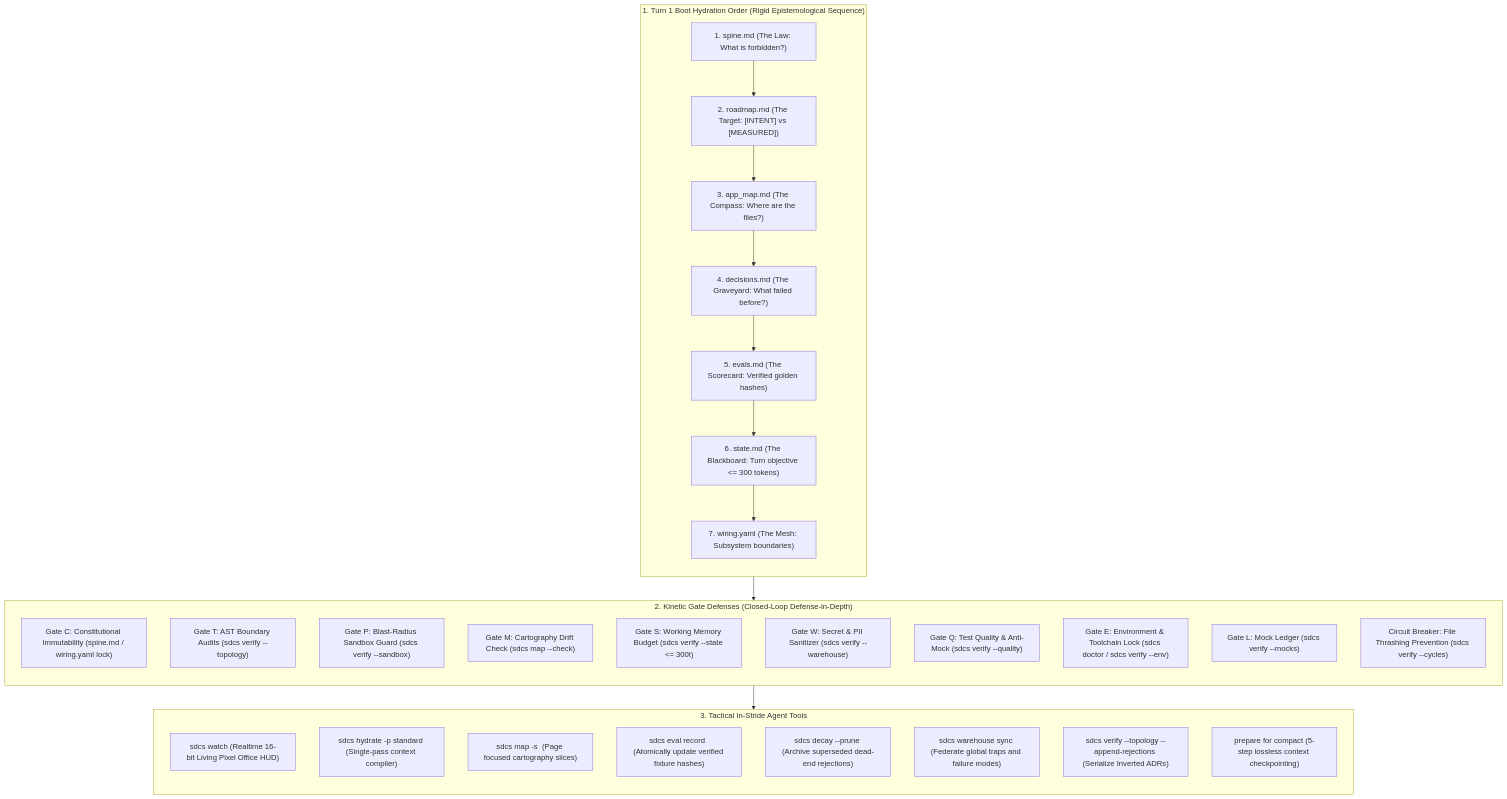
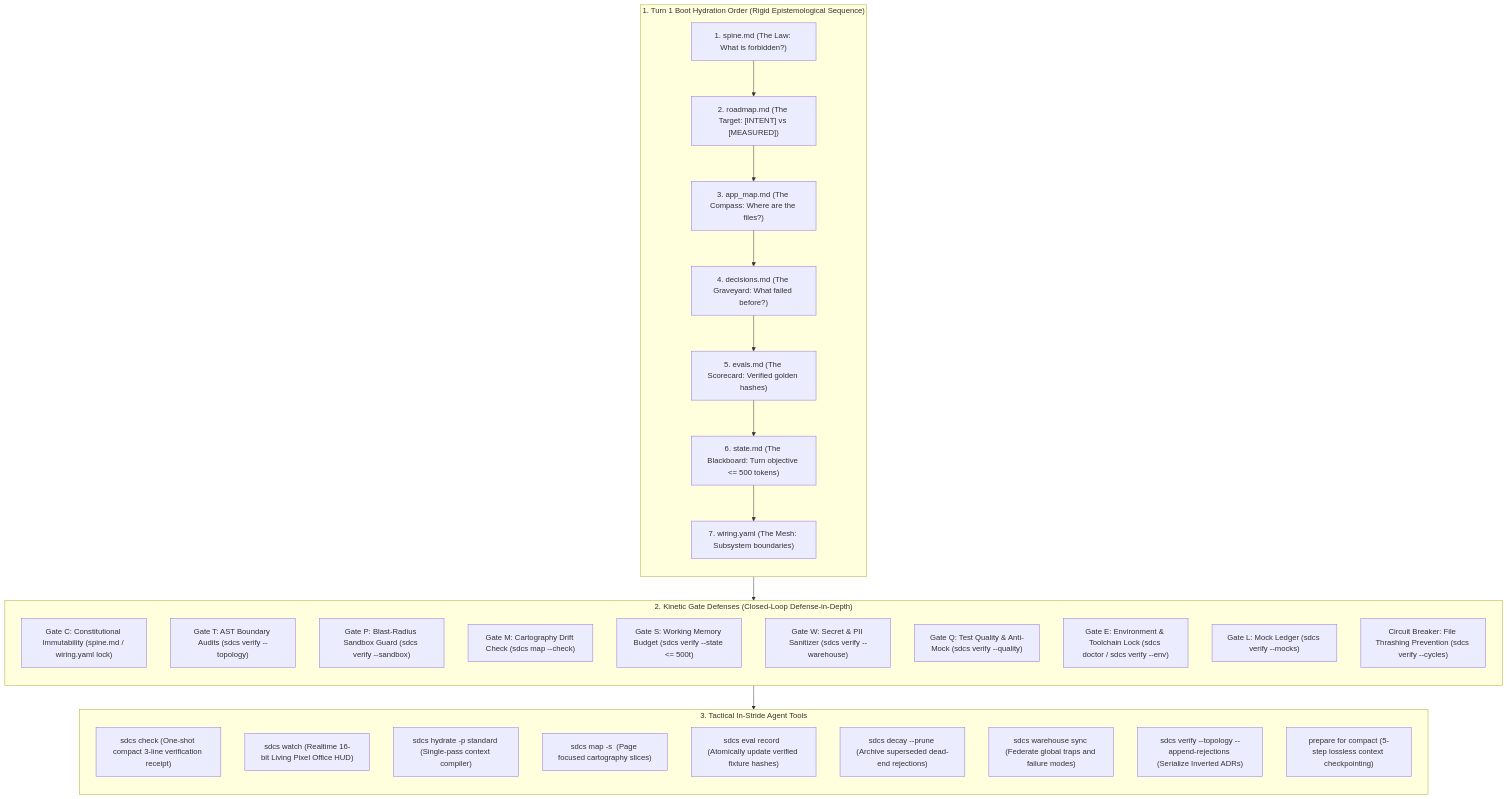
One commit to adamm285-dev/Spec-Driven-Cognitive-Scaffolding-SDCS changed the second of 2 diagrams in README.md. Above: the diagram before and after it, drawn with Mermaid. The commit also changed other lines of this file and 9 other files, not shown here.

First line of the commit message:
docs(v1.9.7): update README and wiki for sdcs check, symbol windowing, and scale-adaptive boot

````diff
--- a/README.md
+++ b/README.md
@@ -289,41 +289,42 @@
 ```mermaid
 flowchart TD
     subgraph BOOT ["1. Turn 1 Boot Hydration Order (Rigid Epistemological Sequence)"]
         direction TB
         B1["1. spine.md (The Law: What is forbidden?)"] --> B2["2. roadmap.md (The Target: [INTENT] vs [MEASURED])"]
         B2 --> B3["3. app_map.md (The Compass: Where are the files?)"]
         B3 --> B4["4. decisions.md (The Graveyard: What failed before?)"]
         B4 --> B5["5. evals.md (The Scorecard: Verified golden hashes)"]
-        B5 --> B6["6. state.md (The Blackboard: Turn objective <= 300 tokens)"]
+        B5 --> B6["6. state.md (The Blackboard: Turn objective <= 500 tokens)"]
         B6 --> B7["7. wiring.yaml (The Mesh: Subsystem boundaries)"]
     end
 
     subgraph KINETIC ["2. Kinetic Gate Defenses (Closed-Loop Defense-in-Depth)"]
         direction TB
         GC["Gate C: Constitutional Immutability (spine.md / wiring.yaml lock)"]
         GT["Gate T: AST Boundary Audits (sdcs verify --topology)"]
         GP["Gate P: Blast-Radius Sandbox Guard (sdcs verify --sandbox)"]
         GM["Gate M: Cartography Drift Check (sdcs map --check)"]
-        GS["Gate S: Working Memory Budget (sdcs verify --state <= 300t)"]
+        GS["Gate S: Working Memory Budget (sdcs verify --state <= 500t)"]
         GW["Gate W: Secret & PII Sanitizer (sdcs verify --warehouse)"]
         GQ["Gate Q: Test Quality & Anti-Mock (sdcs verify --quality)"]
         GE["Gate E: Environment & Toolchain Lock (sdcs doctor / sdcs verify --env)"]
         GL["Gate L: Mock Ledger (sdcs verify --mocks)"]
         CB["Circuit Breaker: File Thrashing Prevention (sdcs verify --cycles)"]
     end
 
     subgraph TACTICAL ["3. Tactical In-Stride Agent Tools"]
         direction TB
+        CHECK["sdcs check (One-shot compact 3-line verification receipt)"]
         WATCH["sdcs watch (Realtime 16-bit Living Pixel Office HUD)"]
         HYDRATE["sdcs hydrate -p standard (Single-pass context compiler)"]
         MAP["sdcs map -s <subsystem> (Page focused cartography slices)"]
         EVAL["sdcs eval record <ID> (Atomically update verified fixture hashes)"]
         DECAY["sdcs decay --prune (Archive superseded dead-end rejections)"]
         WH["sdcs warehouse sync (Federate global traps and failure modes)"]
         REJ["sdcs verify --topology --append-rejections (Serialize Inverted ADRs)"]
         COMPACT["prepare for compact (5-step lossless context checkpointing)"]
     end
 
     BOOT --> KINETIC
     KINETIC --> TACTICAL
 ```
````
